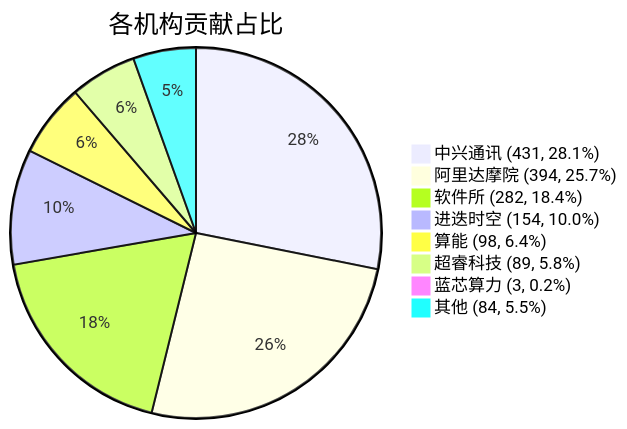
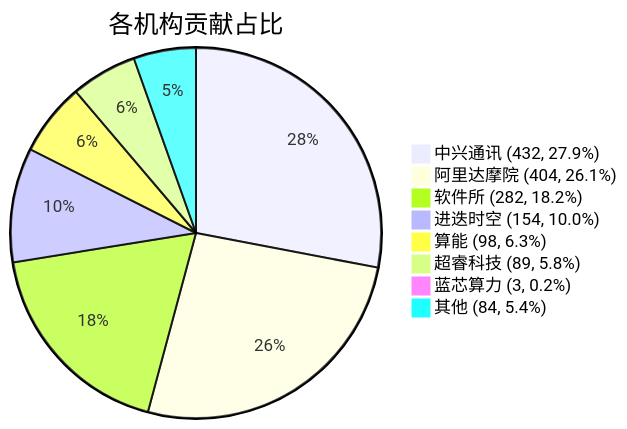
One commit to RVCK-Project/rvck changed the diagram in docs/index.md. Above: the diagram before and after it, drawn with Mermaid. The commit also changed other lines of this file and 24 other files, not shown here.

````diff
--- a/docs/index.md
+++ b/docs/index.md
@@ -40,11 +40,11 @@
 ```mermaid
 pie title 各机构贡献占比
-    "中兴通讯 (431, 28.1%)" : 431
-    "阿里达摩院 (394, 25.7%)" : 394
-    "软件所 (282, 18.4%)" : 282
+    "中兴通讯 (432, 27.9%)" : 432
+    "阿里达摩院 (404, 26.1%)" : 404
+    "软件所 (282, 18.2%)" : 282
     "进迭时空 (154, 10.0%)" : 154
-    "算能 (98, 6.4%)" : 98
+    "算能 (98, 6.3%)" : 98
     "超睿科技 (89, 5.8%)" : 89
     "蓝芯算力 (3, 0.2%)" : 3
-    "其他 (84, 5.5%)" : 84
+    "其他 (84, 5.4%)" : 84
 ```
````
